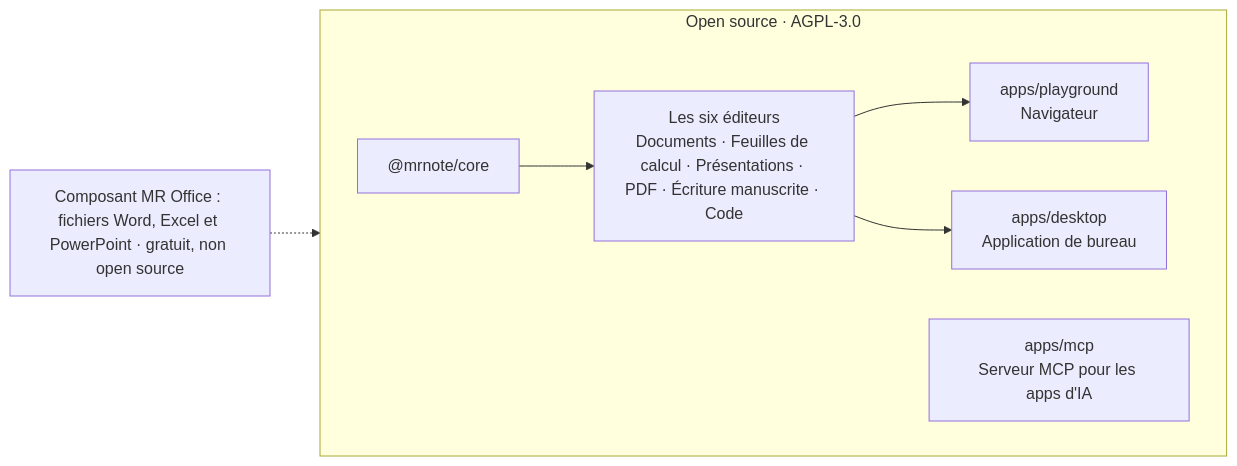
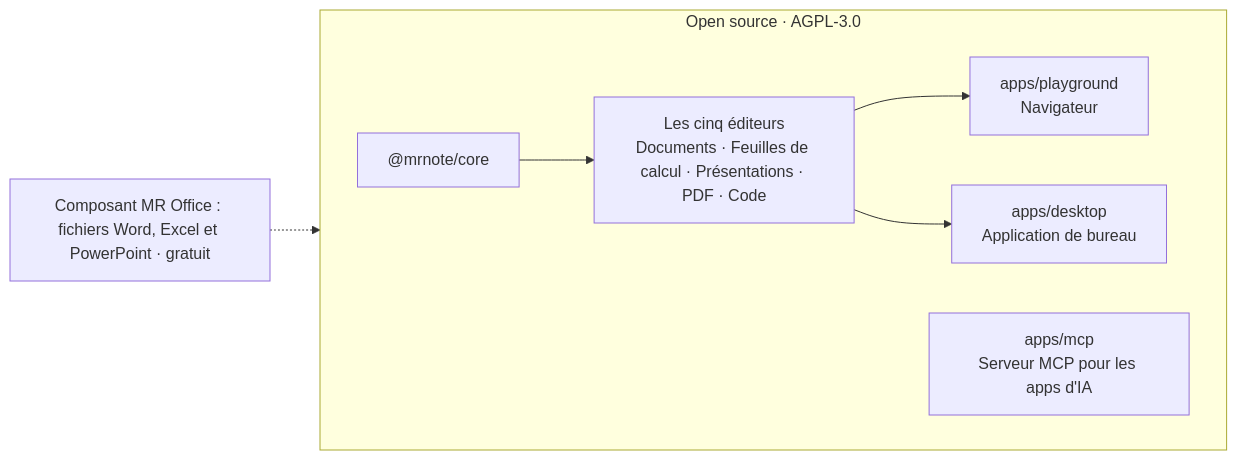
Before and after one commit to WhaleChao/MROffice: the diagram in i18n/README.fr.md, drawn with Mermaid. The commit also changed other lines of this file and 621 other files, not shown here.

````diff
--- a/i18n/README.fr.md
+++ b/i18n/README.fr.md
@@ -130,11 +128,11 @@
 ```mermaid
 flowchart LR
   subgraph OSS["Open source · AGPL-3.0"]
     direction LR
-    core["@mrnote/core"] --> E["Les six éditeurs<br/>Documents · Feuilles de calcul · Présentations · PDF · Écriture manuscrite · Code"]
+    core["@mrnote/core"] --> E["Les cinq éditeurs<br/>Documents · Feuilles de calcul · Présentations · PDF · Code"]
     E --> PG["apps/playground<br/>Navigateur"]
     E --> DS["apps/desktop<br/>Application de bureau"]
     MCP["apps/mcp<br/>Serveur MCP pour les apps d'IA"]
   end
-  COMP["Composant MR Office : fichiers Word, Excel et PowerPoint · gratuit, non open source"] -.-> DS
+  COMP["Composant MR Office : fichiers Word, Excel et PowerPoint · gratuit"] -.-> DS
 ```
````
